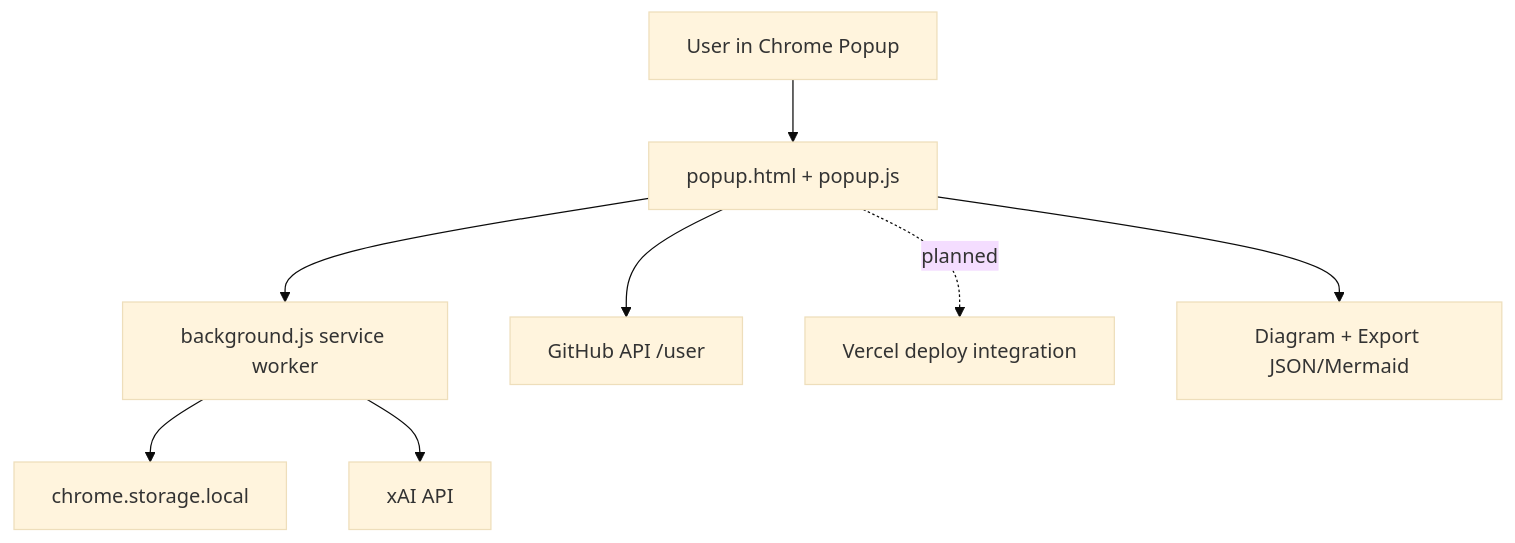
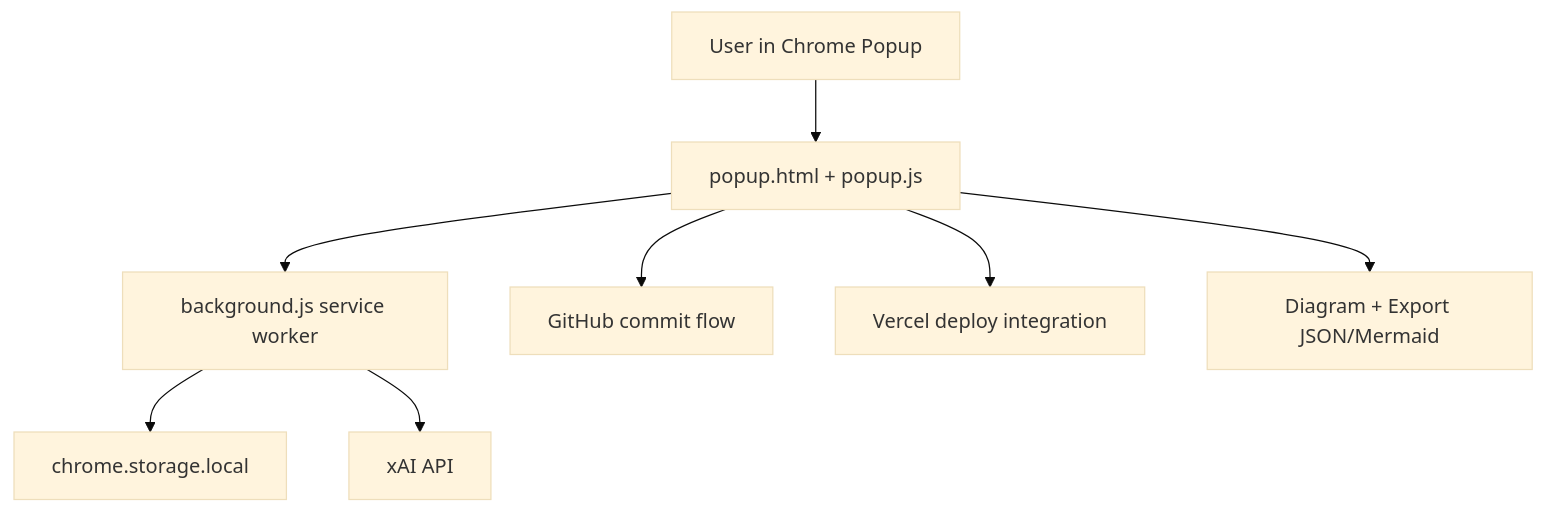
Before and after one commit to groupthinking/agentic-chrome-extension-slingshot: the diagram in README.md, drawn with Mermaid (base theme). The commit also changed other lines of this file and 5 other files, not shown here.

Commit message:
feat: add one-click Vercel deploy flow

````diff
--- a/README.md
+++ b/README.md
@@ -45,10 +45,10 @@
 ```mermaid
 flowchart TD
   U[User in Chrome Popup] --> P[popup.html + popup.js]
   P --> B[background.js service worker]
   B --> S[chrome.storage.local]
   B --> G[xAI API]
-  P --> GH[GitHub API /user]
-  P -. planned .-> V[Vercel deploy integration]
+  P --> GH[GitHub commit flow]
+  P --> V[Vercel deploy integration]
   P --> D[Diagram + Export JSON/Mermaid]
 ```
````
